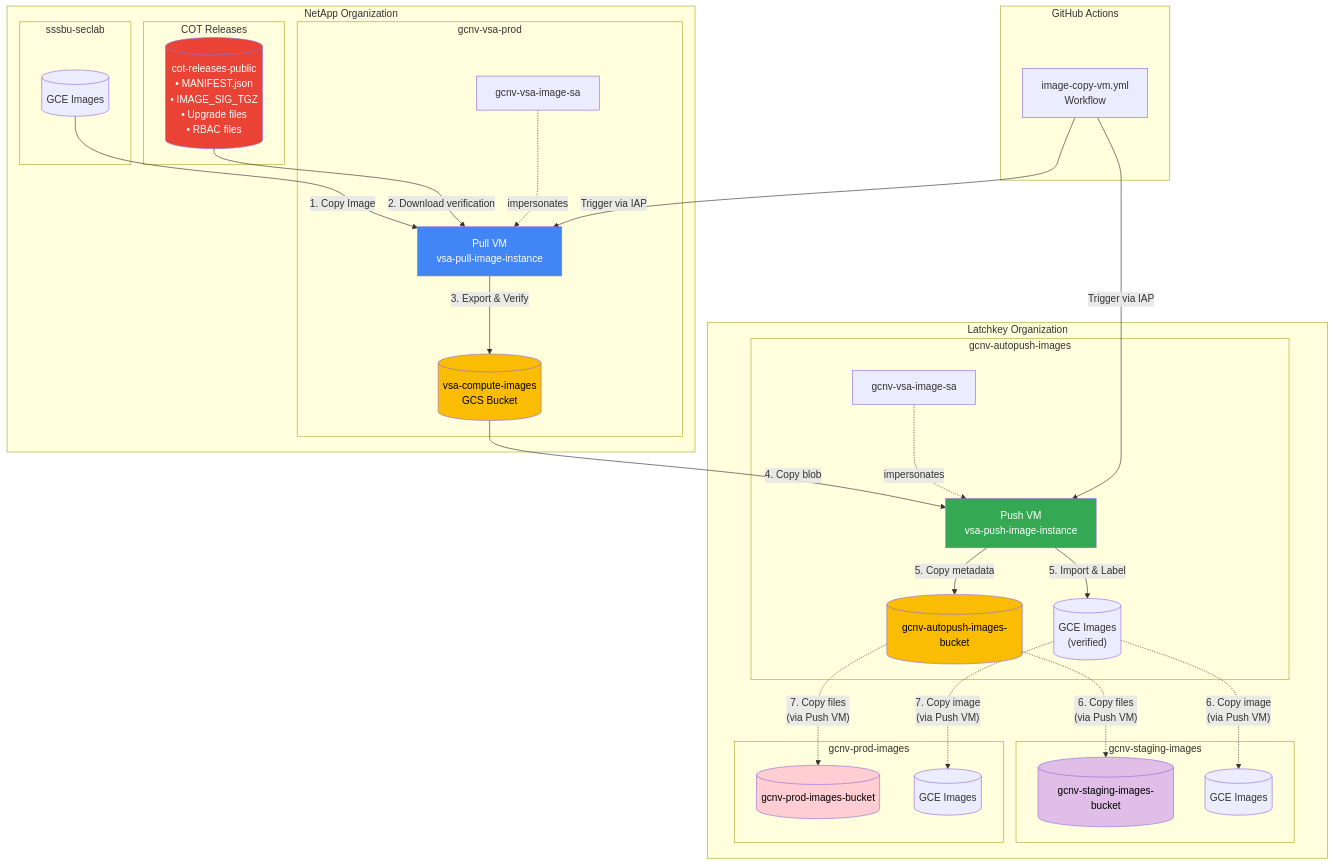
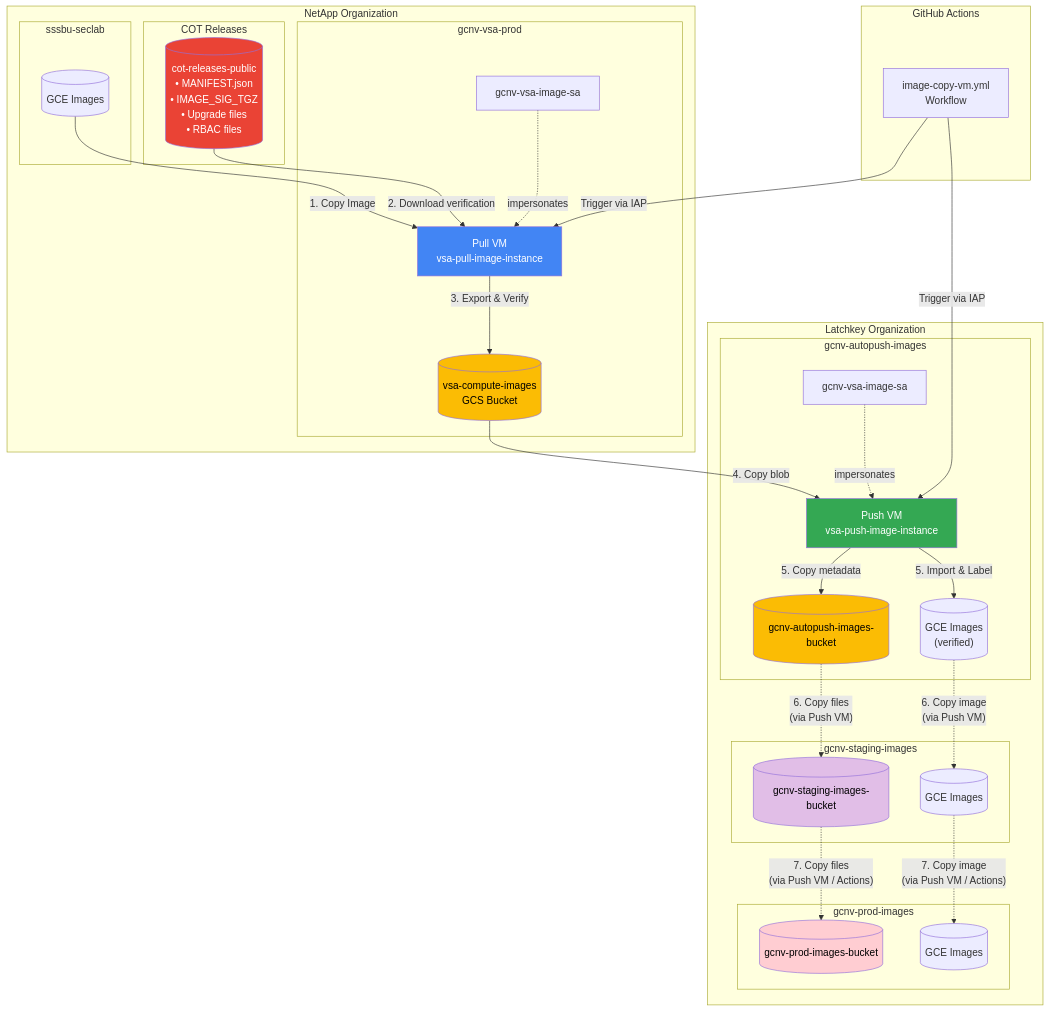
The first of 3 diagrams in .github/workflows/vsa-mediator-image-copy.md (CSC-Security-sandbox/vcp-fresh-breakability), drawn with Mermaid before and after one commit. The commit also changed other lines of this file and 4 other files, not shown here.

Commit message:
VSCP-5181: prod image copy uses staging bucket as source (#3256)

````diff
--- a/.github/workflows/vsa-mediator-image-copy.md
+++ b/.github/workflows/vsa-mediator-image-copy.md
@@ -48,71 +49,71 @@
 ```mermaid
 flowchart TB
     subgraph netapp_org["NetApp Organization"]
         subgraph seclab["sssbu-seclab"]
             seclab_images[("GCE Images")]
         end
         
         subgraph vsa_prod["gcnv-vsa-prod"]
             pull_vm["Pull VM<br/>vsa-pull-image-instance"]
             vsa_bucket[("vsa-compute-images<br/>GCS Bucket")]
             pull_sa["gcnv-vsa-image-sa"]
         end
         
         subgraph cot_bucket["COT Releases"]
             cot_files[("cot-releases-public<br/>• MANIFEST.json<br/>• IMAGE_SIG_TGZ<br/>• Upgrade files<br/>• RBAC files")]
         end
     end
     
     subgraph latchkey_org["Latchkey Organization"]
         subgraph autopush["gcnv-autopush-images"]
             push_vm["Push VM<br/>vsa-push-image-instance"]
             autopush_bucket[("gcnv-autopush-images-bucket")]
             autopush_images[("GCE Images<br/>(verified)")]
             push_sa["gcnv-vsa-image-sa"]
         end
         
         subgraph staging["gcnv-staging-images"]
             staging_bucket[("gcnv-staging-images-bucket")]
             staging_images[("GCE Images")]
         end
         
         subgraph prod["gcnv-prod-images"]
             prod_bucket[("gcnv-prod-images-bucket")]
             prod_images[("GCE Images")]
         end
     end
     
     subgraph github["GitHub Actions"]
         workflow["image-copy-vm.yml<br/>Workflow"]
     end
     
     %% Pull VM Flow (FLOW 1: Full validation)
     seclab_images -->|"1. Copy Image"| pull_vm
     cot_files -->|"2. Download verification"| pull_vm
     pull_vm -->|"3. Export & Verify"| vsa_bucket
     pull_sa -.->|"impersonates"| pull_vm
     
     %% Push VM Flow to Autopush (FLOW 1: Full validation)
     vsa_bucket -->|"4. Copy blob"| push_vm
     push_vm -->|"5. Import & Label"| autopush_images
     push_vm -->|"5. Copy metadata"| autopush_bucket
     push_sa -.->|"impersonates"| push_vm
     
     %% Copy Flow to Higher Envs (FLOW 2: No validation)
     autopush_images -.->|"6. Copy image<br/>(via Push VM)"| staging_images
     autopush_bucket -.->|"6. Copy files<br/>(via Push VM)"| staging_bucket
-    autopush_images -.->|"7. Copy image<br/>(via Push VM)"| prod_images
-    autopush_bucket -.->|"7. Copy files<br/>(via Push VM)"| prod_bucket
+    staging_images -.->|"7. Copy image<br/>(via Push VM / Actions)"| prod_images
+    staging_bucket -.->|"7. Copy files<br/>(via Push VM / Actions)"| prod_bucket
     
     %% GitHub Actions
     workflow -->|"Trigger via IAP"| pull_vm
     workflow -->|"Trigger via IAP"| push_vm
     
     style pull_vm fill:#4285f4,color:#fff
     style push_vm fill:#34a853,color:#fff
     style vsa_bucket fill:#fbbc04,color:#000
     style autopush_bucket fill:#fbbc04,color:#000
     style staging_bucket fill:#e1bee7,color:#000
     style prod_bucket fill:#ffcdd2,color:#000
     style cot_files fill:#ea4335,color:#fff
 ```
````
